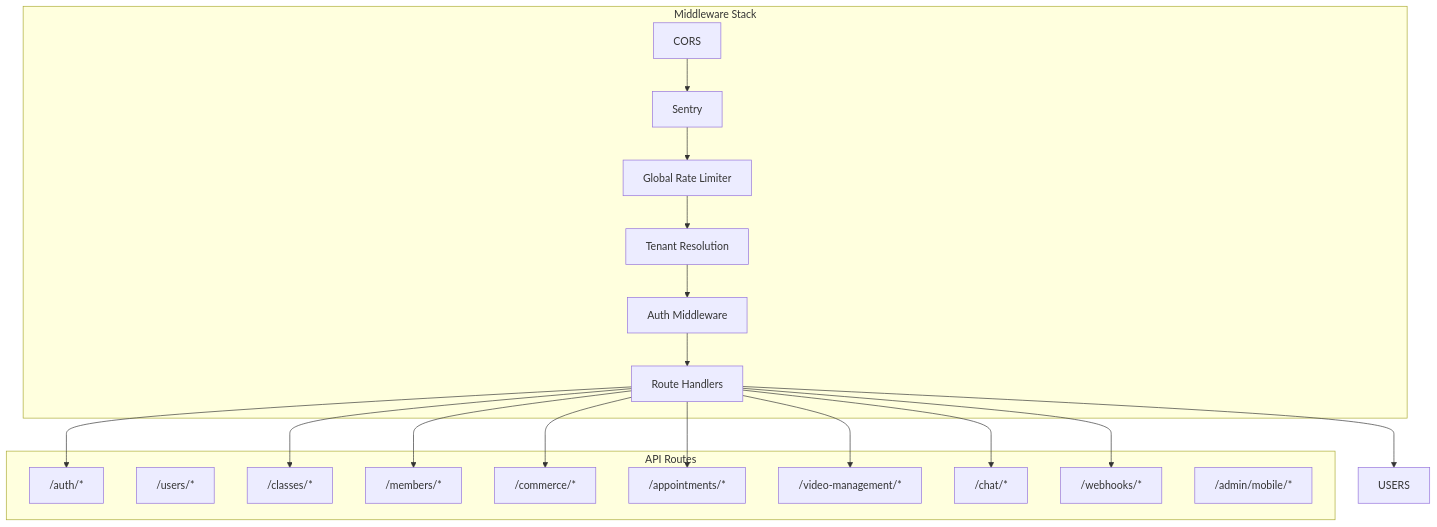
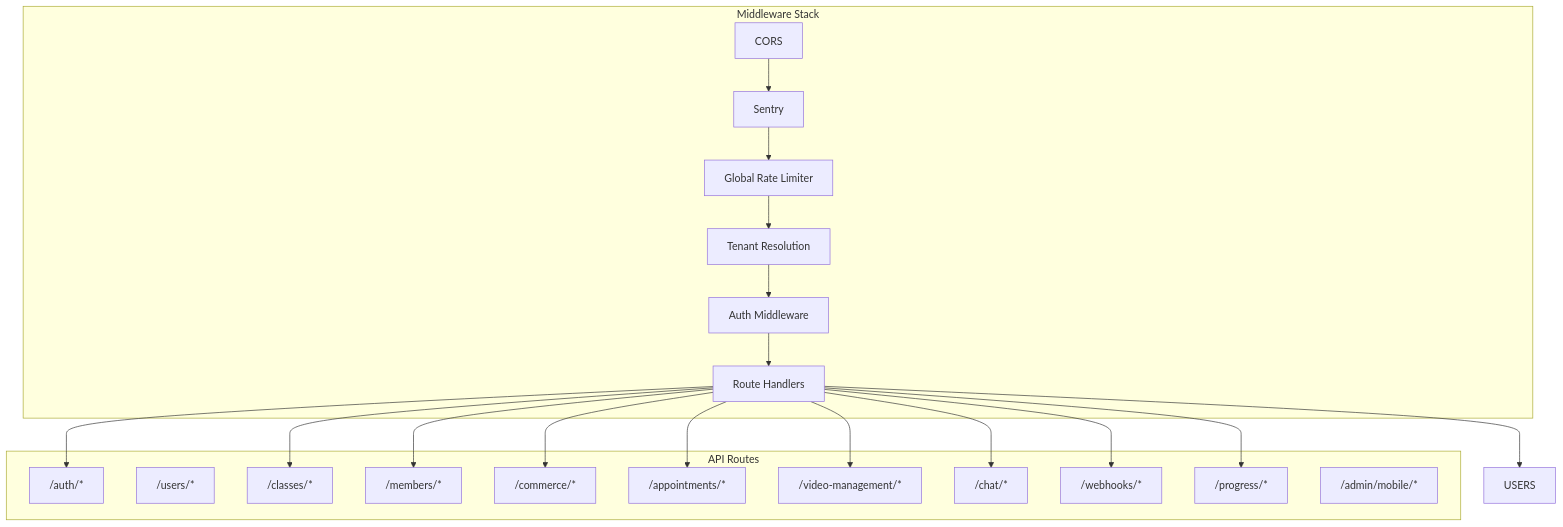
The fourth of 5 diagrams in docs/architecture.md (slichti/studio-platform-dev), drawn with Mermaid before and after one commit. The commit also changed other lines of this file and 3 other files, not shown here.

Commit message:
docs(progress): Update architecture, schema, and system overview for Advanced Progress Tracking feature

````diff
--- a/docs/architecture.md
+++ b/docs/architecture.md
@@ -140,33 +141,35 @@
 ```mermaid
 flowchart TB
     subgraph "API Routes"
         AUTH["/auth/*"]
         USER["/users/*"]
         CLASSES["/classes/*"]
         MEMBERS["/members/*"]
         COMMERCE["/commerce/*"]
         APPOINTMENTS["/appointments/*"]
         VIDEO["/video-management/*"]
         CHAT["/chat/*"]
         WEBHOOKS["/webhooks/*"]
+        PROGRESS["/progress/*"]
         ADMIN_MOBILE["/admin/mobile/*"]
     end
 
     subgraph "Middleware Stack"
         CORS[CORS] --> SENTRY[Sentry]
         SENTRY --> RATELIMIT[Global Rate Limiter]
         RATELIMIT --> TENANT[Tenant Resolution]
         TENANT --> AUTHMW[Auth Middleware]
         AUTHMW --> ROUTES[Route Handlers]
     end
 
     ROUTES --> AUTH
     ROUTES --> USERS
     ROUTES --> CLASSES
     ROUTES --> MEMBERS
     ROUTES --> COMMERCE
     ROUTES --> APPOINTMENTS
     ROUTES --> VIDEO
     ROUTES --> CHAT
     ROUTES --> WEBHOOKS
+    ROUTES --> PROGRESS
 ```
````
